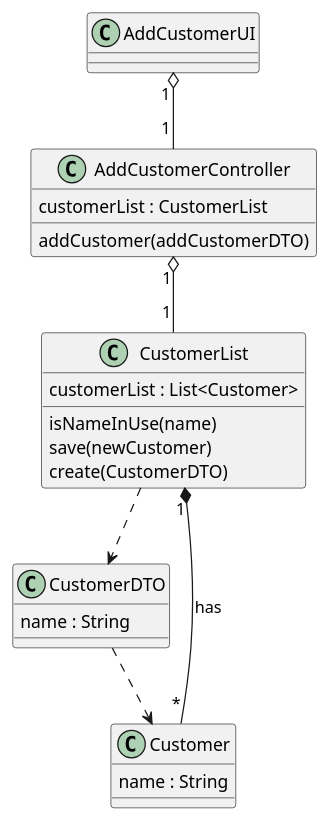
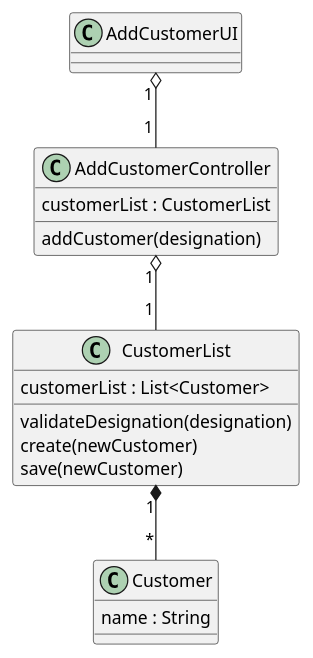
Before and after one commit to ivo-menezes/project_g3: the diagram in docs/modelling_design/user_stories/us009/US009_AddACustomerCD.puml, drawn with PlantUML.

Commit message:
US009: Design: US009_AddACustomerCD (update)

```diff
--- a/docs/modelling_design/user_stories/us009/US009_AddACustomerCD.puml
+++ b/docs/modelling_design/user_stories/us009/US009_AddACustomerCD.puml
@@ -1,40 +1,41 @@
 @startuml
 
 class AddCustomerUI {}
 
 class AddCustomerController {
 customerList : CustomerList
-addCustomer(addCustomerDTO)
+addCustomer(designation)
 }
 
 'class Services {
 'customerList : CustomerList
 'customerList : CustomerList
 'addACustomer(name)
 '}
 
 class CustomerList {
 customerList : List<Customer>
-isNameInUse(name)
+validateDesignation(designation)
+create(newCustomer)
 save(newCustomer)
-create(CustomerDTO)
+
 
 
 
 }
 
-class CustomerDTO {
-name : String
-}
+'class CustomerDTO {
+'name : String
+'}
 
 class Customer {
 name : String
 }
 
 AddCustomerUI "     1" o-- "        1" AddCustomerController
 AddCustomerController "     1" o-- "        1" CustomerList
-CustomerList "  1" *-- "   *" Customer : has
-CustomerList ..> CustomerDTO
-CustomerDTO..>Customer
+CustomerList "  1" *-- "   *" Customer
+'CustomerList ..> CustomerDTO
+'CustomerDTO..>Customer
 
 @enduml
```
